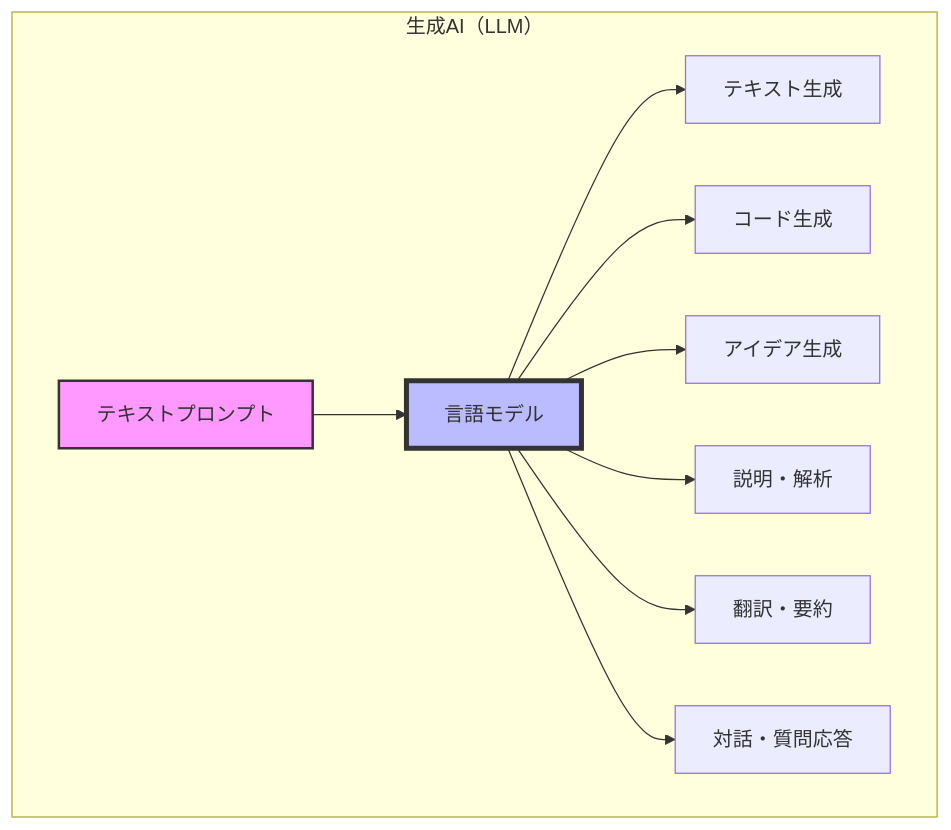
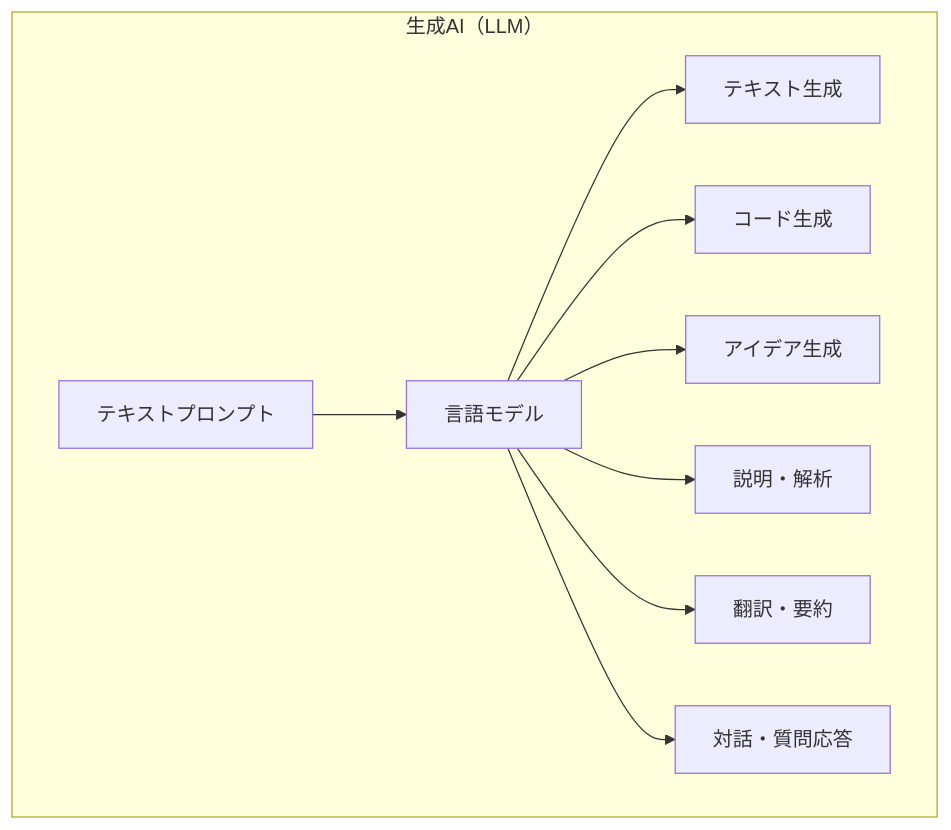
One commit to SparklingDetergent/doc_genai_Proposal_for_introducing_generative_AI_with_emphasis_on_safety changed the third of 14 diagrams in README.md. Above: the diagram before and after it, drawn with Mermaid. The commit also changed other lines of this file, not shown here.

````diff
--- a/README.md
+++ b/README.md
@@ -135,16 +130,14 @@
 ```mermaid
 flowchart TD
     subgraph "生成AI（LLM）"
         X[テキストプロンプト] --> Y[言語モデル]
         Y --> Z1[テキスト生成]
         Y --> Z2[コード生成]
         Y --> Z3[アイデア生成]
         Y --> Z4[説明・解析]
         Y --> Z5[翻訳・要約]
         Y --> Z6[対話・質問応答]
     end
     
-    style X fill:#f9f,stroke:#333,stroke-width:2px
-    style Y fill:#bbf,stroke:#333,stroke-width:4px
 
 ```
````
